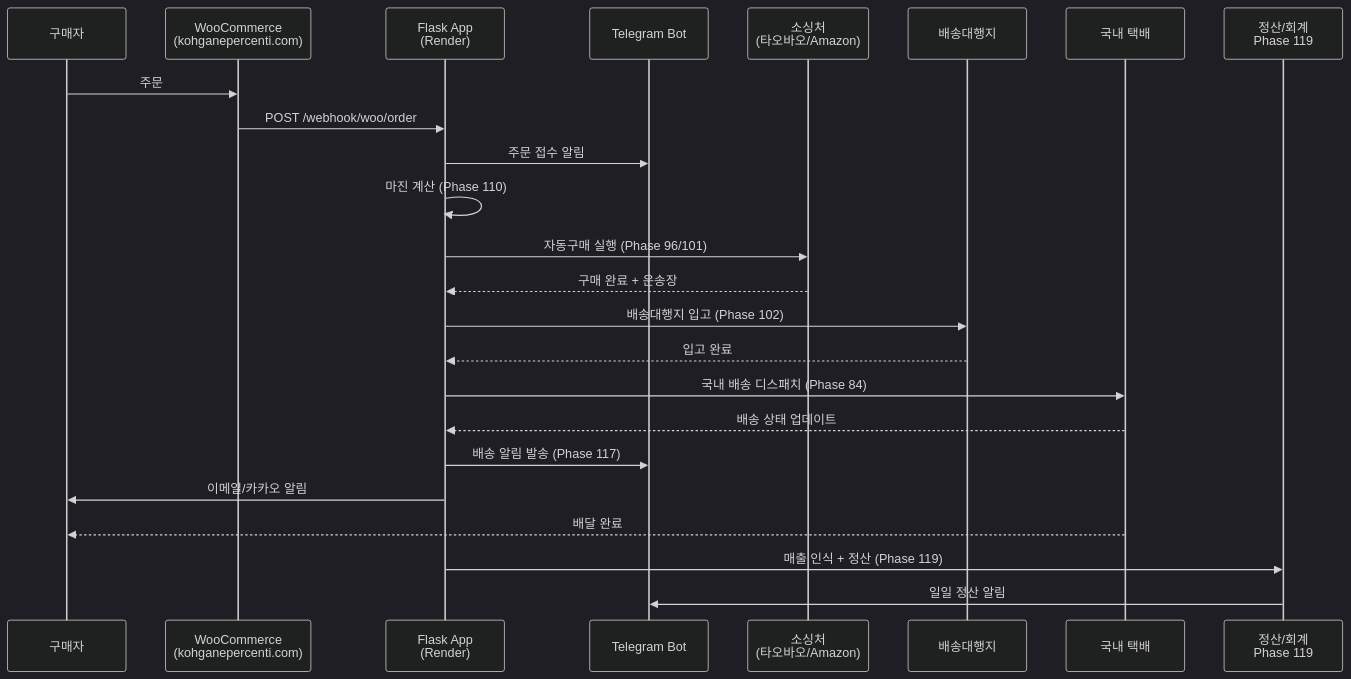
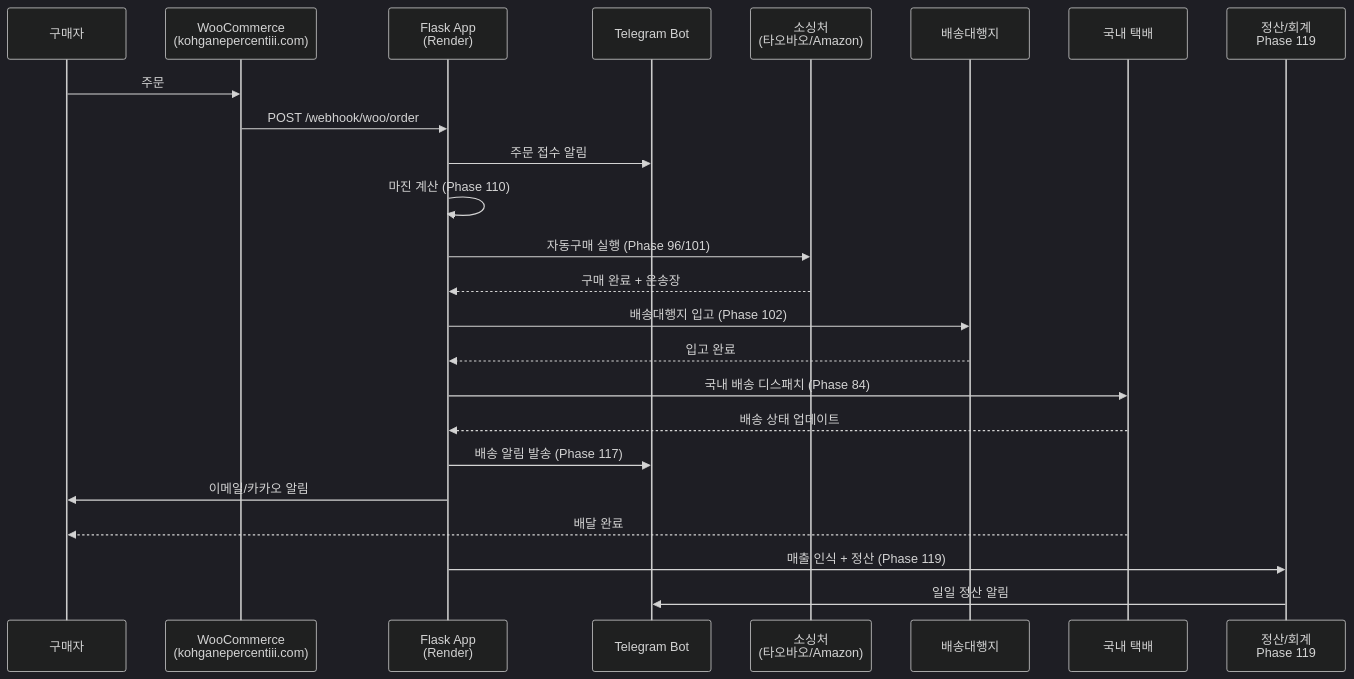
Before and after one commit to Kohgane/proxy-commerce: the diagram in docs/operations/SYSTEM_OVERVIEW.md, drawn with Mermaid (dark theme). The commit also changed other lines of this file and 14 other files, not shown here.

First line of the commit message:
feat(phase-121): domain automation, health soft-fail, kohganepercentiii.com

````diff
--- a/docs/operations/SYSTEM_OVERVIEW.md
+++ b/docs/operations/SYSTEM_OVERVIEW.md
@@ -57,27 +57,27 @@
 ```mermaid
 sequenceDiagram
     participant BUYER as 구매자
-    participant SHOP as WooCommerce<br/>(kohganepercenti.com)
+    participant SHOP as WooCommerce<br/>(kohganepercentiii.com)
     participant APP as Flask App<br/>(Render)
     participant BOT as Telegram Bot
     participant SOURCE as 소싱처<br/>(타오바오/Amazon)
     participant FWD as 배송대행지
     participant COURIER as 국내 택배
     participant FINANCE as 정산/회계<br/>Phase 119
 
     BUYER->>SHOP: 주문
     SHOP->>APP: POST /webhook/woo/order
     APP->>BOT: 주문 접수 알림
     APP->>APP: 마진 계산 (Phase 110)
     APP->>SOURCE: 자동구매 실행 (Phase 96/101)
     SOURCE-->>APP: 구매 완료 + 운송장
     APP->>FWD: 배송대행지 입고 (Phase 102)
     FWD-->>APP: 입고 완료
     APP->>COURIER: 국내 배송 디스패치 (Phase 84)
     COURIER-->>APP: 배송 상태 업데이트
     APP->>BOT: 배송 알림 발송 (Phase 117)
     APP->>BUYER: 이메일/카카오 알림
     COURIER-->>BUYER: 배달 완료
     APP->>FINANCE: 매출 인식 + 정산 (Phase 119)
     FINANCE->>BOT: 일일 정산 알림
 ```
````
